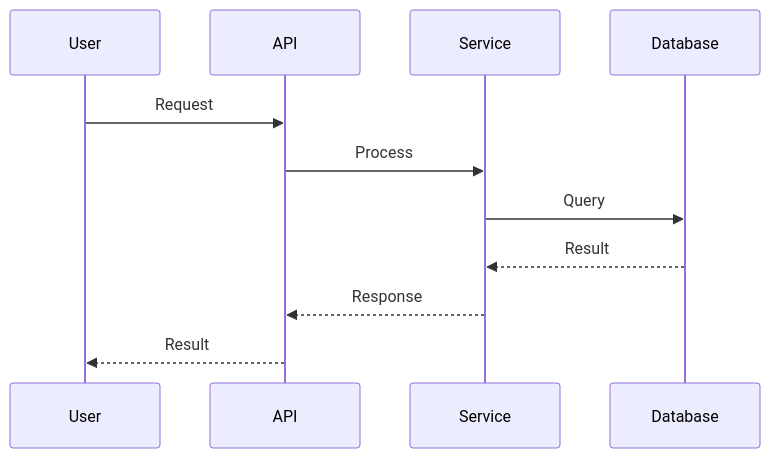
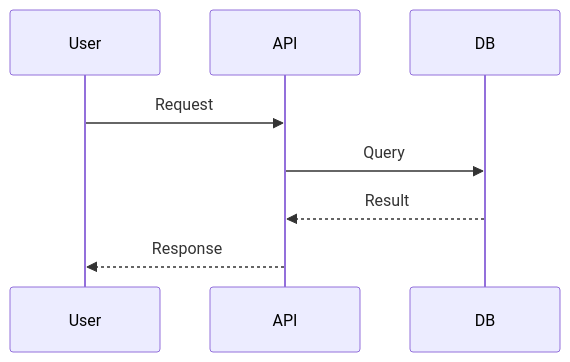
The third of 3 diagrams in resources/templates/ARCHITECTURE-TEMPLATE.md (TylerJPresley/voidrift), drawn with Mermaid before and after one commit. The commit also changed other lines of this file and 9 other files, not shown here.

````diff
--- a/resources/templates/ARCHITECTURE-TEMPLATE.md
+++ b/resources/templates/ARCHITECTURE-TEMPLATE.md
@@ -305,14 +57,7 @@
 ```mermaid
 sequenceDiagram
-    participant User
-    participant API
-    participant Service
-    participant Database
-    
     User->>API: Request
-    API->>Service: Process
-    Service->>Database: Query
-    Database-->>Service: Result
-    Service-->>API: Response
-    API-->>User: Result
+    API->>DB: Query
+    DB-->>API: Result
+    API-->>User: Response
 ```
````
